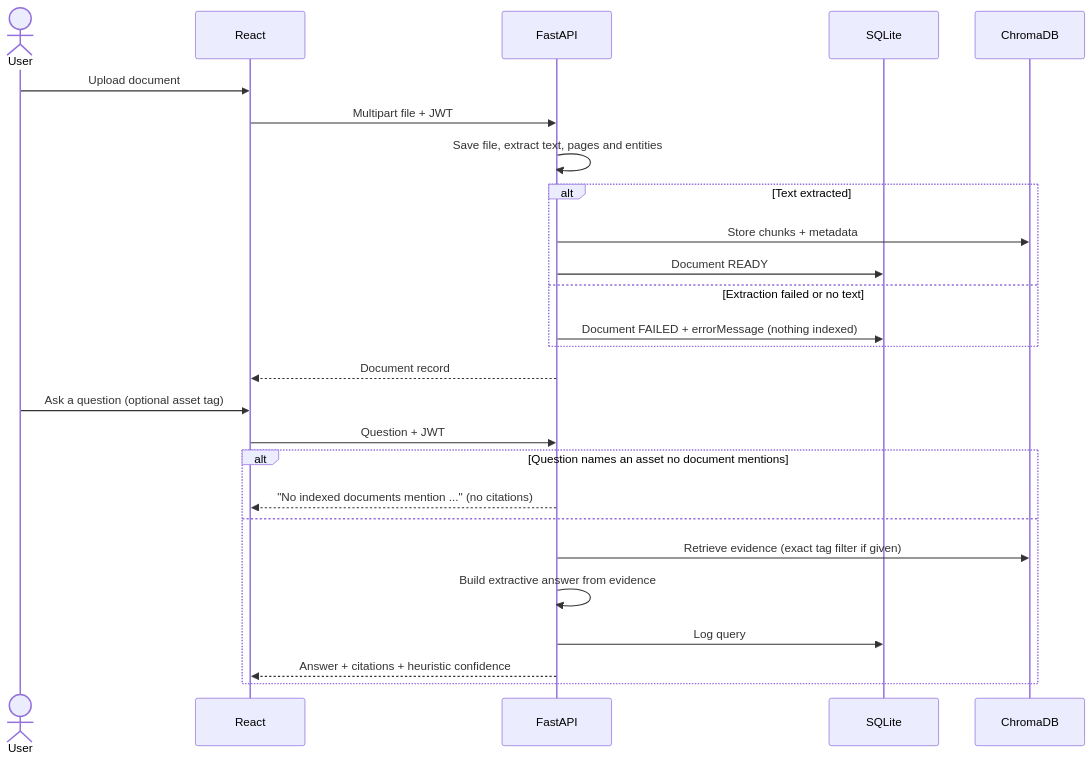
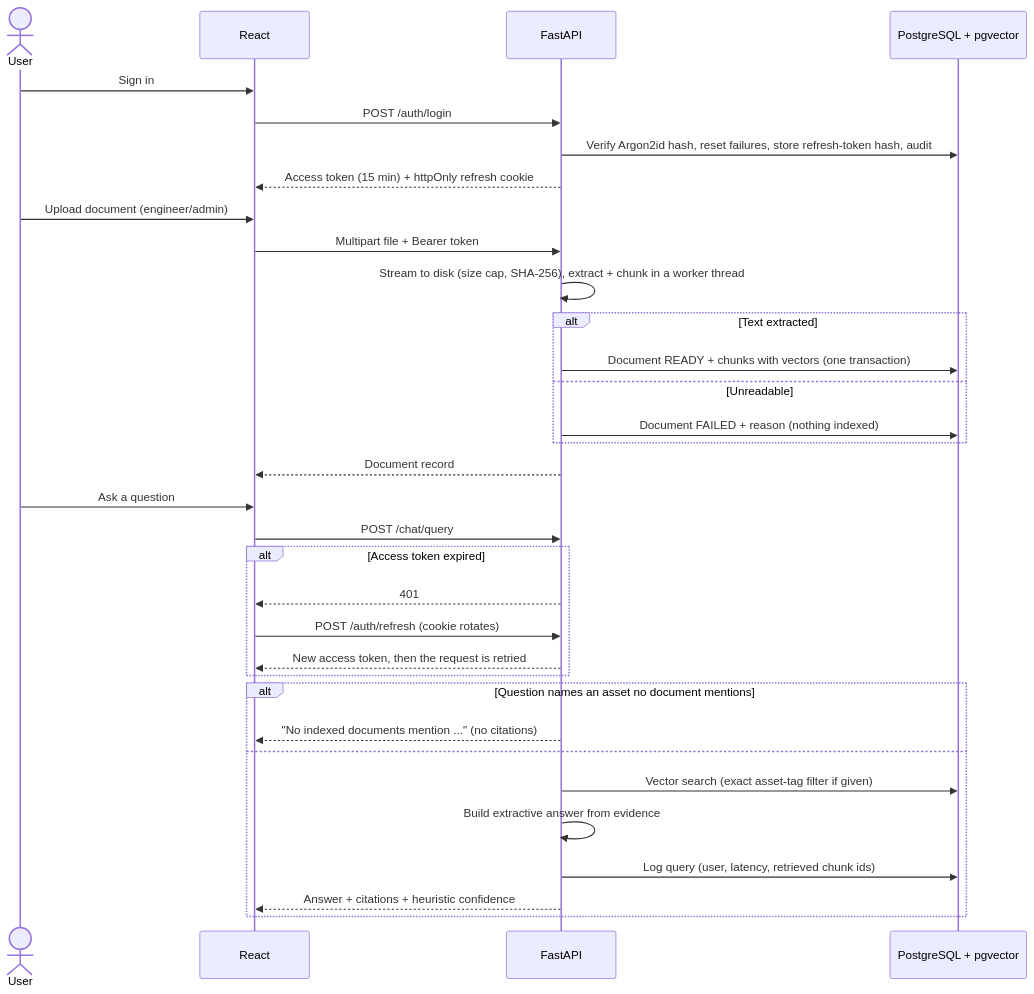
The diagram in docs/architecture/data-flow.md (Balavigneshcse/IndustrialBrain), drawn with Mermaid before and after one commit. The commit also changed other lines of this file and 8 other files, not shown here.

````diff
--- a/docs/architecture/data-flow.md
+++ b/docs/architecture/data-flow.md
@@ -3,30 +3,38 @@
 ```mermaid
 sequenceDiagram
     actor User
     participant UI as React
     participant API as FastAPI
-    participant DB as SQLite
-    participant V as ChromaDB
+    participant DB as PostgreSQL + pgvector
 
-    User->>UI: Upload document
-    UI->>API: Multipart file + JWT
-    API->>API: Save file, extract text, pages and entities
+    User->>UI: Sign in
+    UI->>API: POST /auth/login
+    API->>DB: Verify Argon2id hash, reset failures, store refresh-token hash, audit
+    API-->>UI: Access token (15 min) + httpOnly refresh cookie
+
+    User->>UI: Upload document (engineer/admin)
+    UI->>API: Multipart file + Bearer token
+    API->>API: Stream to disk (size cap, SHA-256), extract + chunk in a worker thread
     alt Text extracted
-        API->>V: Store chunks + metadata
-        API->>DB: Document READY
-    else Extraction failed or no text
-        API->>DB: Document FAILED + errorMessage (nothing indexed)
+        API->>DB: Document READY + chunks with vectors (one transaction)
+    else Unreadable
+        API->>DB: Document FAILED + reason (nothing indexed)
     end
     API-->>UI: Document record
 
-    User->>UI: Ask a question (optional asset tag)
-    UI->>API: Question + JWT
+    User->>UI: Ask a question
+    UI->>API: POST /chat/query
+    alt Access token expired
+        API-->>UI: 401
+        UI->>API: POST /auth/refresh (cookie rotates)
+        API-->>UI: New access token, then the request is retried
+    end
     alt Question names an asset no document mentions
         API-->>UI: "No indexed documents mention ..." (no citations)
     else
-        API->>V: Retrieve evidence (exact tag filter if given)
+        API->>DB: Vector search (exact asset-tag filter if given)
         API->>API: Build extractive answer from evidence
-        API->>DB: Log query
+        API->>DB: Log query (user, latency, retrieved chunk ids)
         API-->>UI: Answer + citations + heuristic confidence
     end
 ```
````
